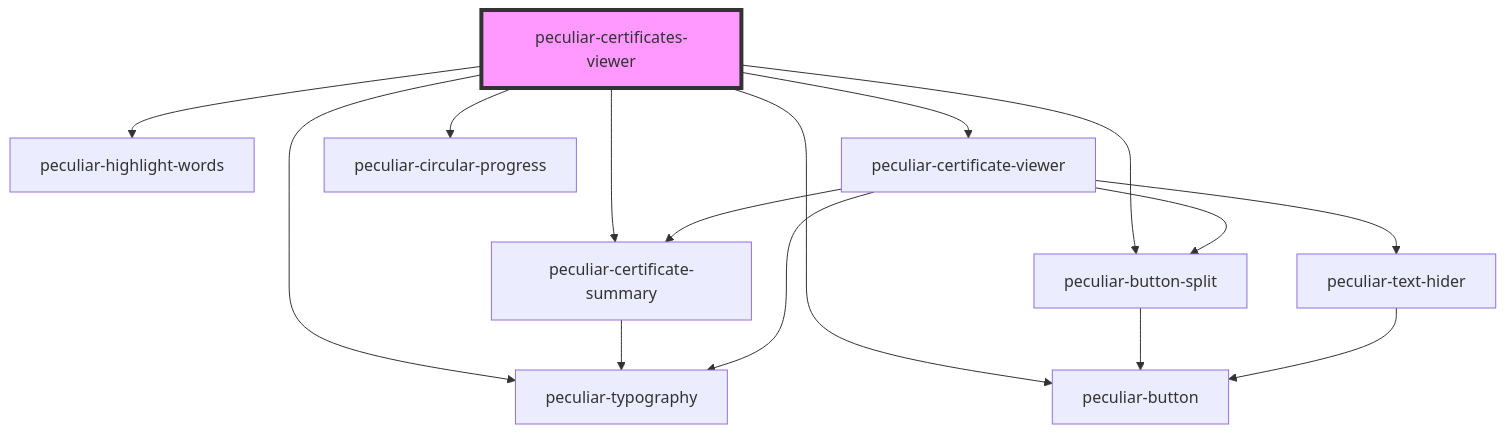
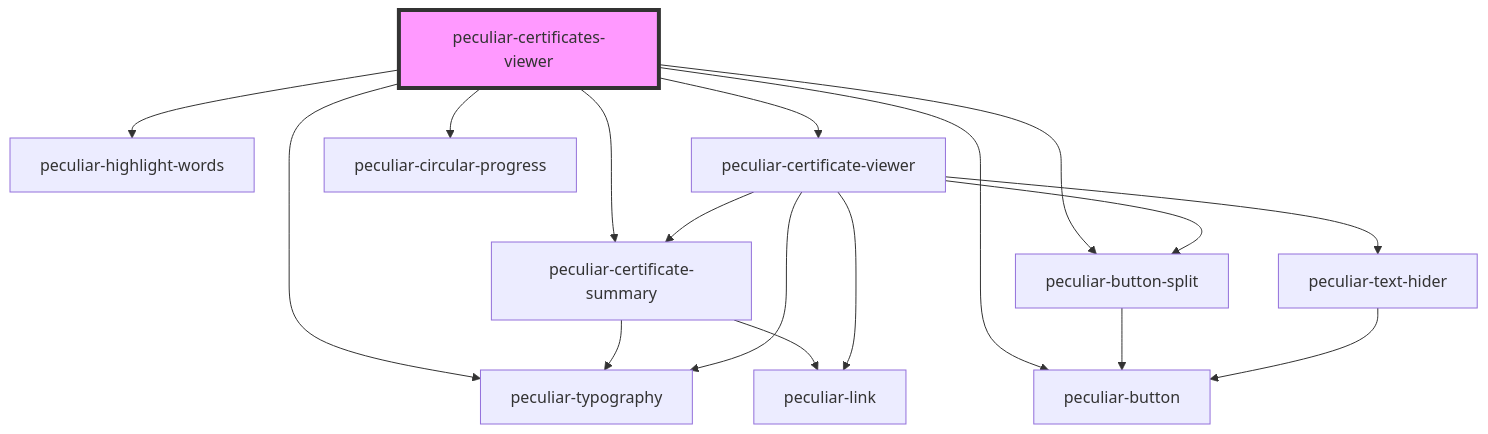
The diagram in src/components/certificates-viewer/readme.md (PeculiarVentures/pv-certificates-viewer), drawn with Mermaid before and after one commit. The commit also changed 14 other files, not shown here.

Commit message:
feat(viewer): Added support for auth key id and subject key id link

````diff
--- a/src/components/certificates-viewer/readme.md
+++ b/src/components/certificates-viewer/readme.md
@@ -30,18 +30,20 @@
 ```mermaid
 graph TD;
   peculiar-certificates-viewer --> peculiar-certificate-summary
   peculiar-certificates-viewer --> peculiar-button
   peculiar-certificates-viewer --> peculiar-typography
   peculiar-certificates-viewer --> peculiar-highlight-words
   peculiar-certificates-viewer --> peculiar-button-split
   peculiar-certificates-viewer --> peculiar-certificate-viewer
   peculiar-certificates-viewer --> peculiar-circular-progress
   peculiar-certificate-summary --> peculiar-typography
+  peculiar-certificate-summary --> peculiar-link
   peculiar-button-split --> peculiar-button
   peculiar-certificate-viewer --> peculiar-typography
   peculiar-certificate-viewer --> peculiar-certificate-summary
   peculiar-certificate-viewer --> peculiar-text-hider
+  peculiar-certificate-viewer --> peculiar-link
   peculiar-certificate-viewer --> peculiar-button-split
   peculiar-text-hider --> peculiar-button
   style peculiar-certificates-viewer fill:#f9f,stroke:#333,stroke-width:4px
 ```
````
